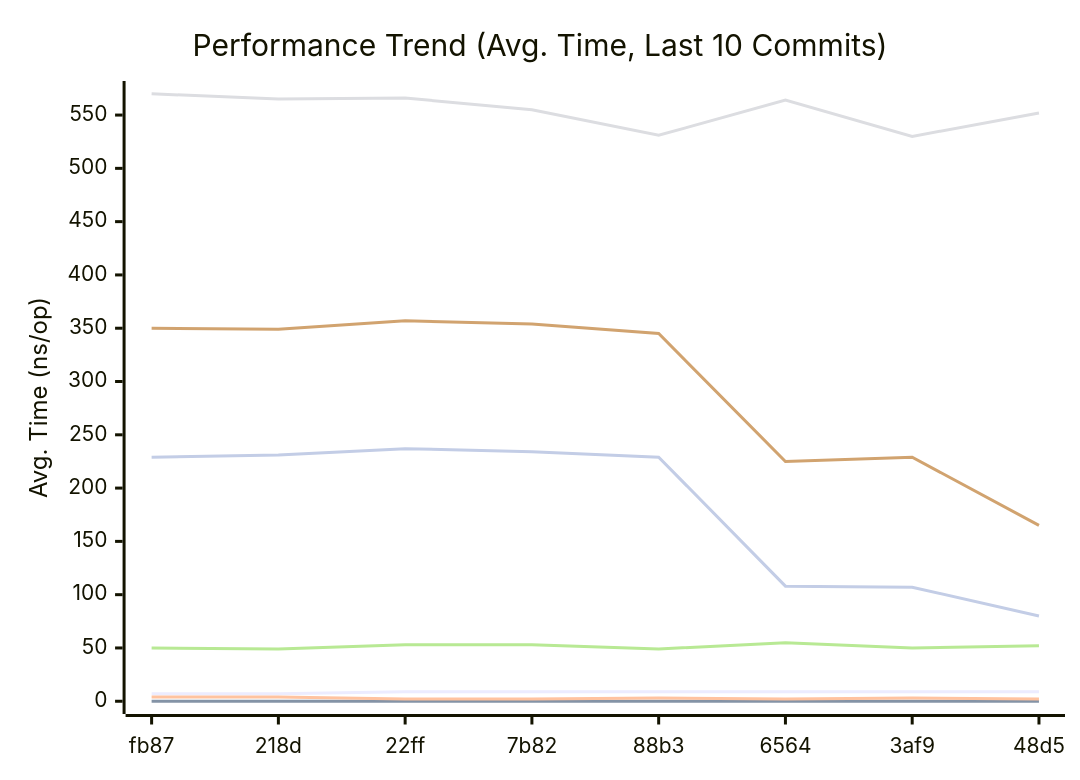
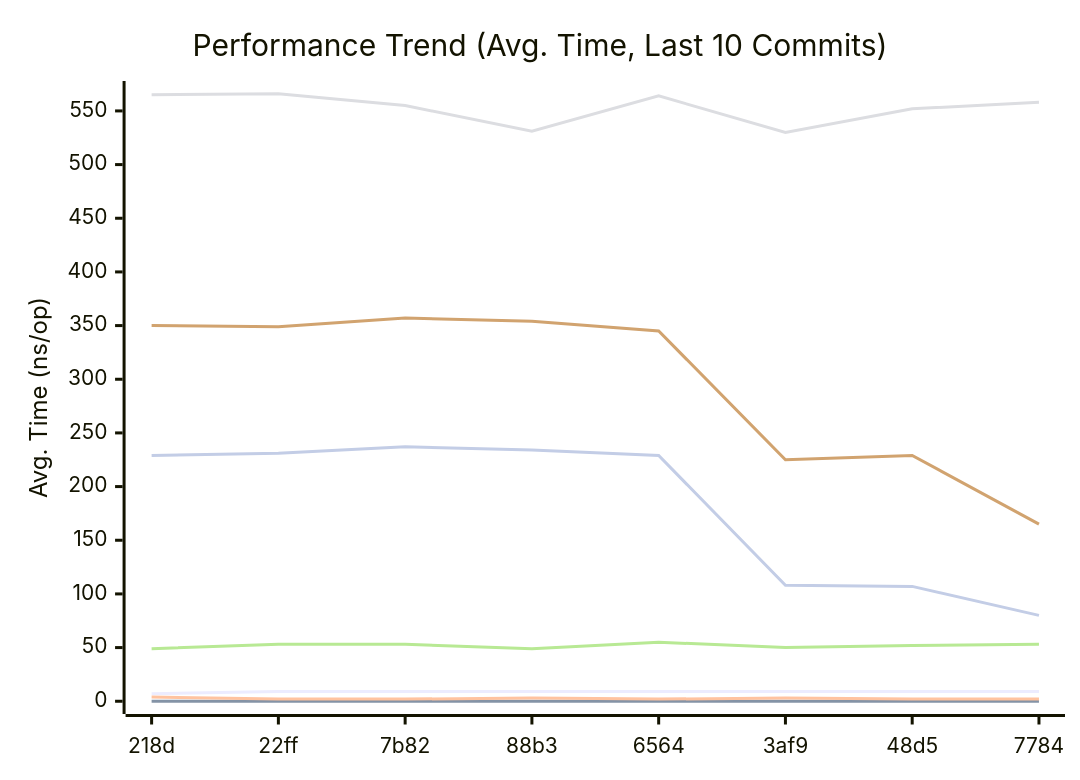
Before and after one commit to alsotoes/momo: the first of 3 diagrams in doc/README.md, drawn with Mermaid. The commit also changed other lines of this file and 1 other file, not shown here.

````diff
--- a/doc/README.md
+++ b/doc/README.md
@@ -296,14 +296,14 @@
 ```mermaid
 xychart-beta
     title "Performance Trend (Avg. Time, Last 10 Commits)"
     x-axis "Commit"
     y-axis "Avg. Time (ns/op)"
-    x-axis [fb87,218d,22ff,7b82,88b3,6564,3af9,48d5]
-    line "CheckMetricsAndSwap" [7,7,9,9,9,9,9,9,9,9]
+    x-axis [218d,22ff,7b82,88b3,6564,3af9,48d5,7784]
+    line "CheckMetricsAndSwap" [7,9,9,9,9,9,9,9,9,9]
     line "IndexDirectTracking" [0,0,0,0,0,0,0,0,0,0]
-    line "IndexSearch" [4,4,2,2,3,2,3,2,2,3]
-    line "LoadGlobalConfig" [570,565,566,555,531,564,530,552,558,522]
-    line "PadString" [50,49,53,53,49,55,50,52,53,50]
+    line "IndexSearch" [4,2,2,3,2,3,2,2,3,2]
+    line "LoadGlobalConfig" [565,566,555,531,564,530,552,558,522,584]
+    line "PadString" [49,53,53,49,55,50,52,53,50,53]
     line "ParseReplicationOrder_NoPrealloc" [350,349,357,354,345,225,229,165,232,234]
     line "ParseReplicationOrder_Prealloc" [229,231,237,234,229,108,107,80,110,109]
 ```
````
